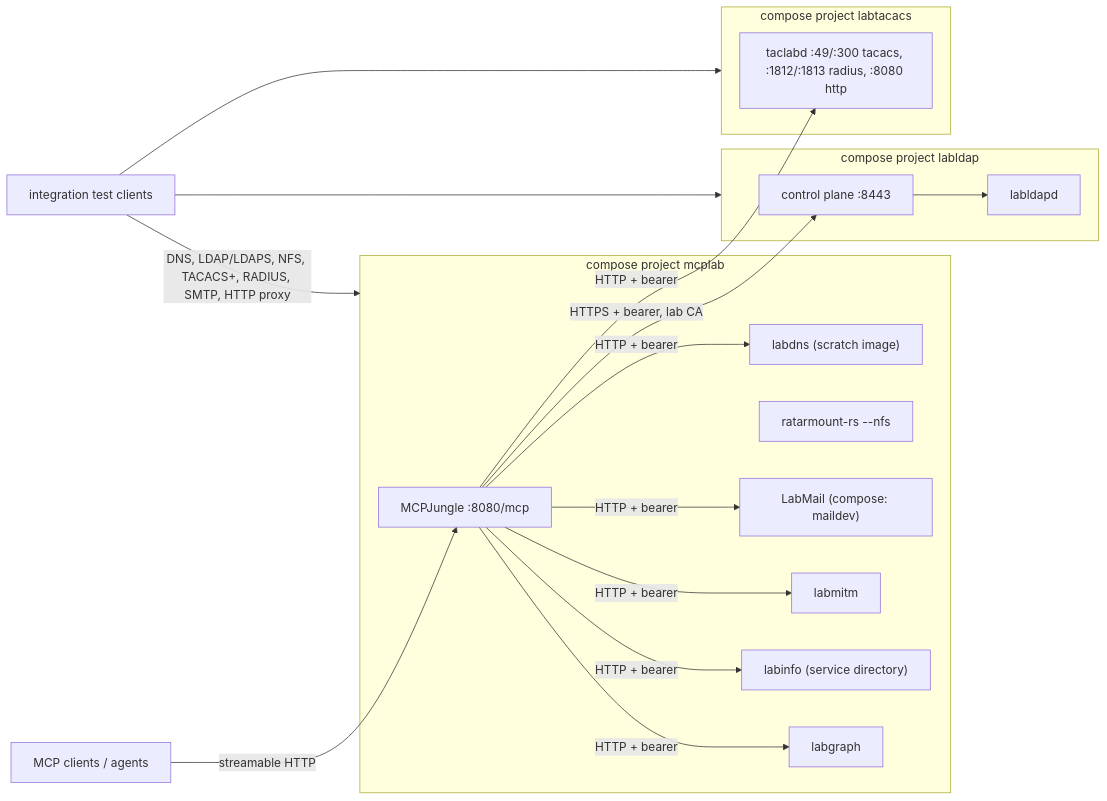
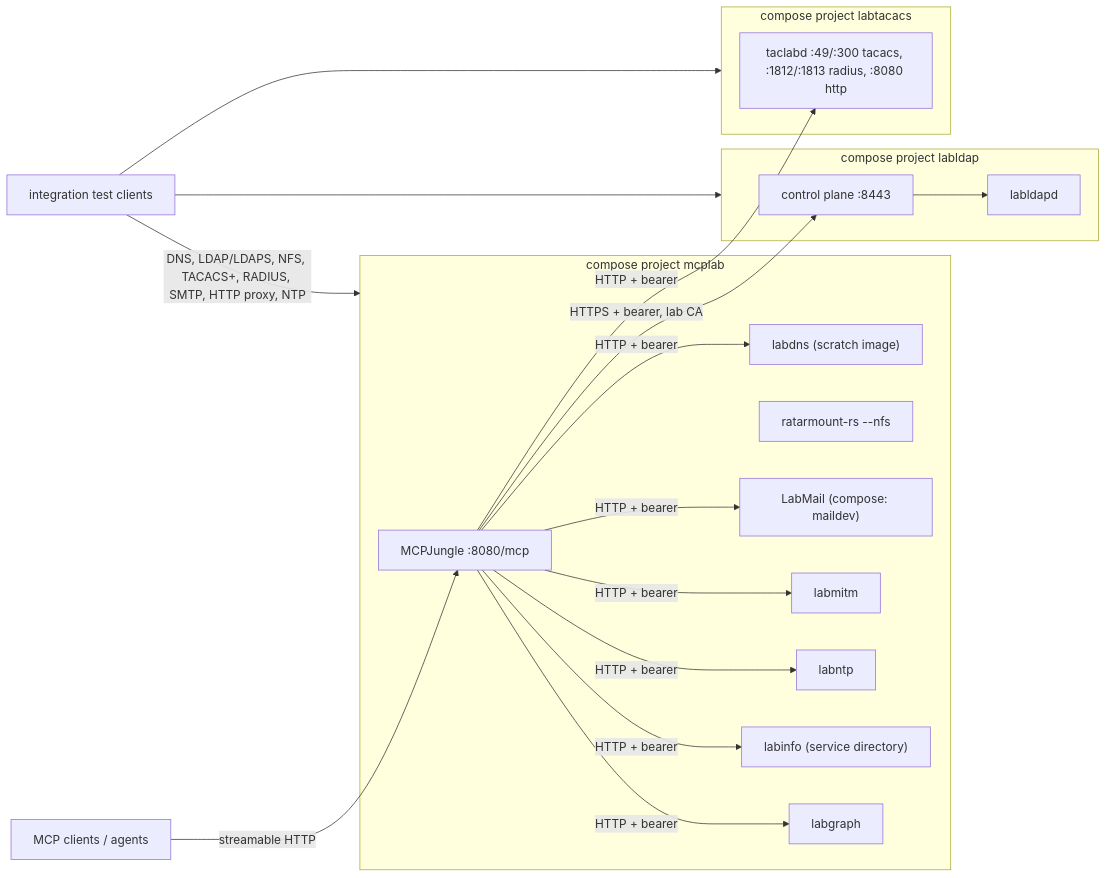
The diagram in docs/architecture.md (hilather/mcp-integration-lab), drawn with Mermaid before and after one commit. The commit also changed other lines of this file and 54 other files, not shown here.

````diff
--- a/docs/architecture.md
+++ b/docs/architecture.md
@@ -81,31 +84,33 @@
 ```mermaid
 flowchart LR
   Agents[MCP clients / agents] -->|streamable HTTP| Jungle["MCPJungle :8080/mcp"]
   subgraph mcplab [compose project mcplab]
     Jungle
     DNS["labdns (scratch image)"]
     NFS["ratarmount-rs --nfs"]
     Mail["LabMail (compose: maildev)"]
     MITM["labmitm"]
+    NTP["labntp"]
     Info["labinfo (service directory)"]
     Graph["labgraph"]
   end
   subgraph labldap [compose project labldap]
     Control["control plane :8443"]
     Dir["labldapd"]
   end
   subgraph labtacacs [compose project labtacacs]
     Taclab["taclabd :49/:300 tacacs, :1812/:1813 radius, :8080 http"]
   end
   Jungle -->|"HTTP + bearer"| DNS
   Jungle -->|"HTTP + bearer"| Info
   Jungle -->|"HTTPS + bearer, lab CA"| Control
   Jungle -->|"HTTP + bearer"| Taclab
   Jungle -->|"HTTP + bearer"| Mail
   Jungle -->|"HTTP + bearer"| MITM
+  Jungle -->|"HTTP + bearer"| NTP
   Jungle -->|"HTTP + bearer"| Graph
   Control --> Dir
-  Testers[integration test clients] -->|"DNS, LDAP/LDAPS, NFS, TACACS+, RADIUS, SMTP, HTTP proxy"| mcplab
+  Testers[integration test clients] -->|"DNS, LDAP/LDAPS, NFS, TACACS+, RADIUS, SMTP, HTTP proxy, NTP"| mcplab
   Testers --> labldap
   Testers --> labtacacs
 ```
````
